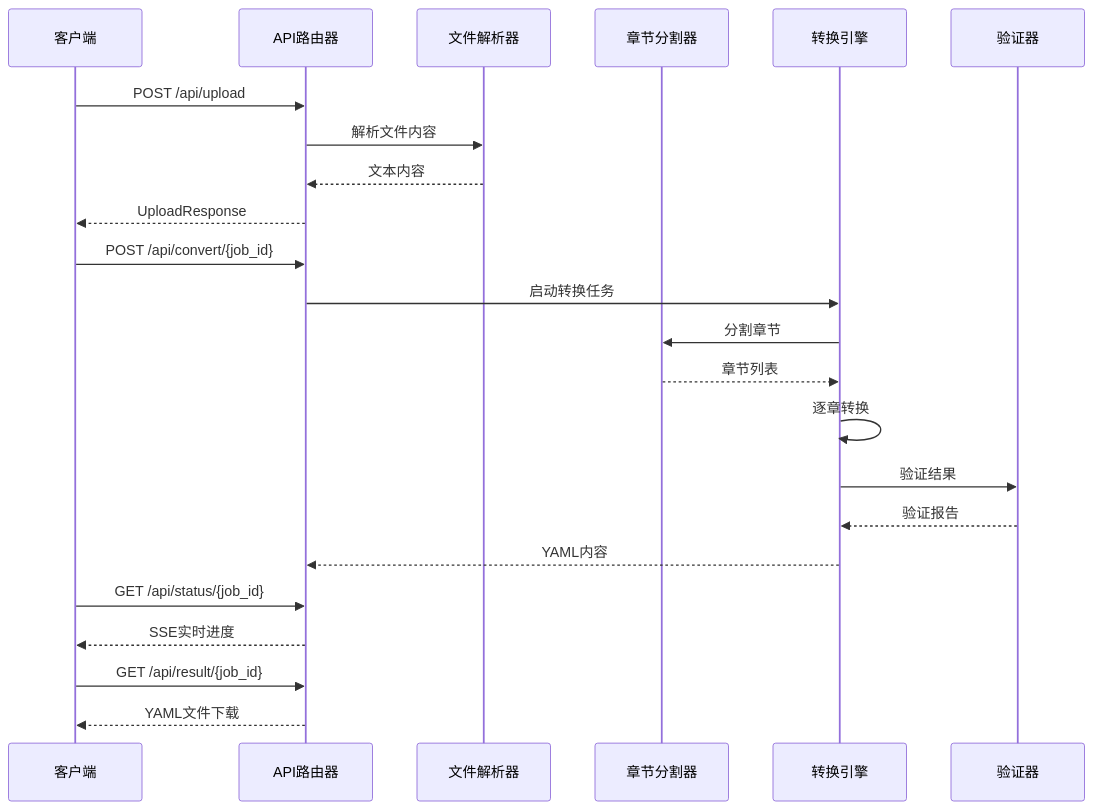
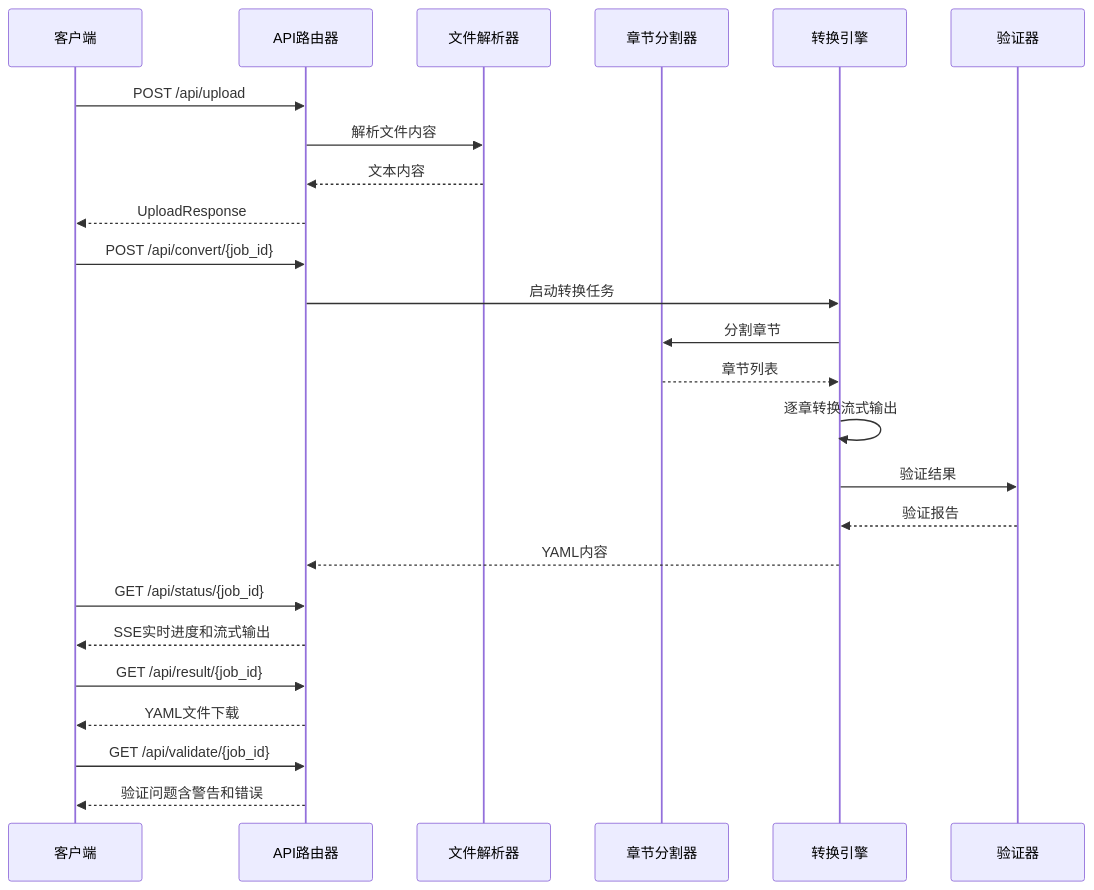
The second of 9 diagrams in .qoder/repowiki/zh/content/API参考文档/API参考文档.md (tjujingzong/Novel-to-Screenplay), drawn with Mermaid before and after one commit. The commit also changed other lines of this file and 6 other files, not shown here.

````diff
--- a/.qoder/repowiki/zh/content/API参考文档/API参考文档.md
+++ b/.qoder/repowiki/zh/content/API参考文档/API参考文档.md
@@ -109,25 +117,27 @@
 ```mermaid
 sequenceDiagram
 participant Client as 客户端
 participant API as API路由器
 participant Parser as 文件解析器
 participant Splitter as 章节分割器
 participant Converter as 转换引擎
 participant Validator as 验证器
 Client->>API : POST /api/upload
 API->>Parser : 解析文件内容
 Parser-->>API : 文本内容
 API-->>Client : UploadResponse
 Client->>API : POST /api/convert/{job_id}
 API->>Converter : 启动转换任务
 Converter->>Splitter : 分割章节
 Splitter-->>Converter : 章节列表
-Converter->>Converter : 逐章转换
+Converter->>Converter : 逐章转换流式输出
 Converter->>Validator : 验证结果
 Validator-->>Converter : 验证报告
 Converter-->>API : YAML内容
 Client->>API : GET /api/status/{job_id}
-API-->>Client : SSE实时进度
+API-->>Client : SSE实时进度和流式输出
 Client->>API : GET /api/result/{job_id}
 API-->>Client : YAML文件下载
+Client->>API : GET /api/validate/{job_id}
+API-->>Client : 验证问题含警告和错误
 ```
````
